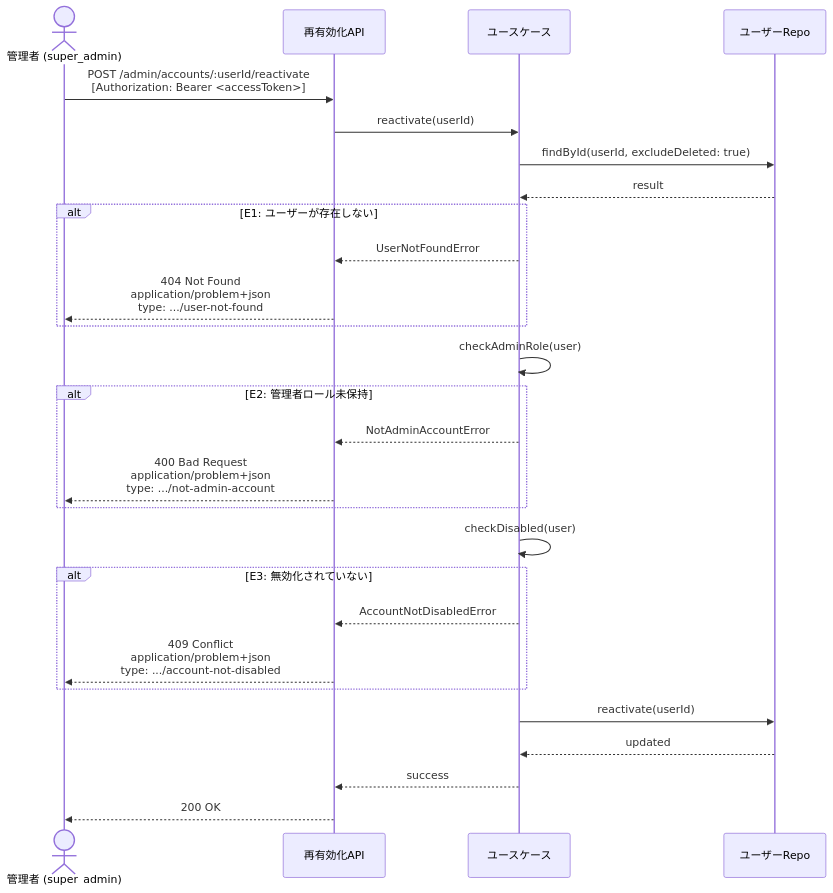
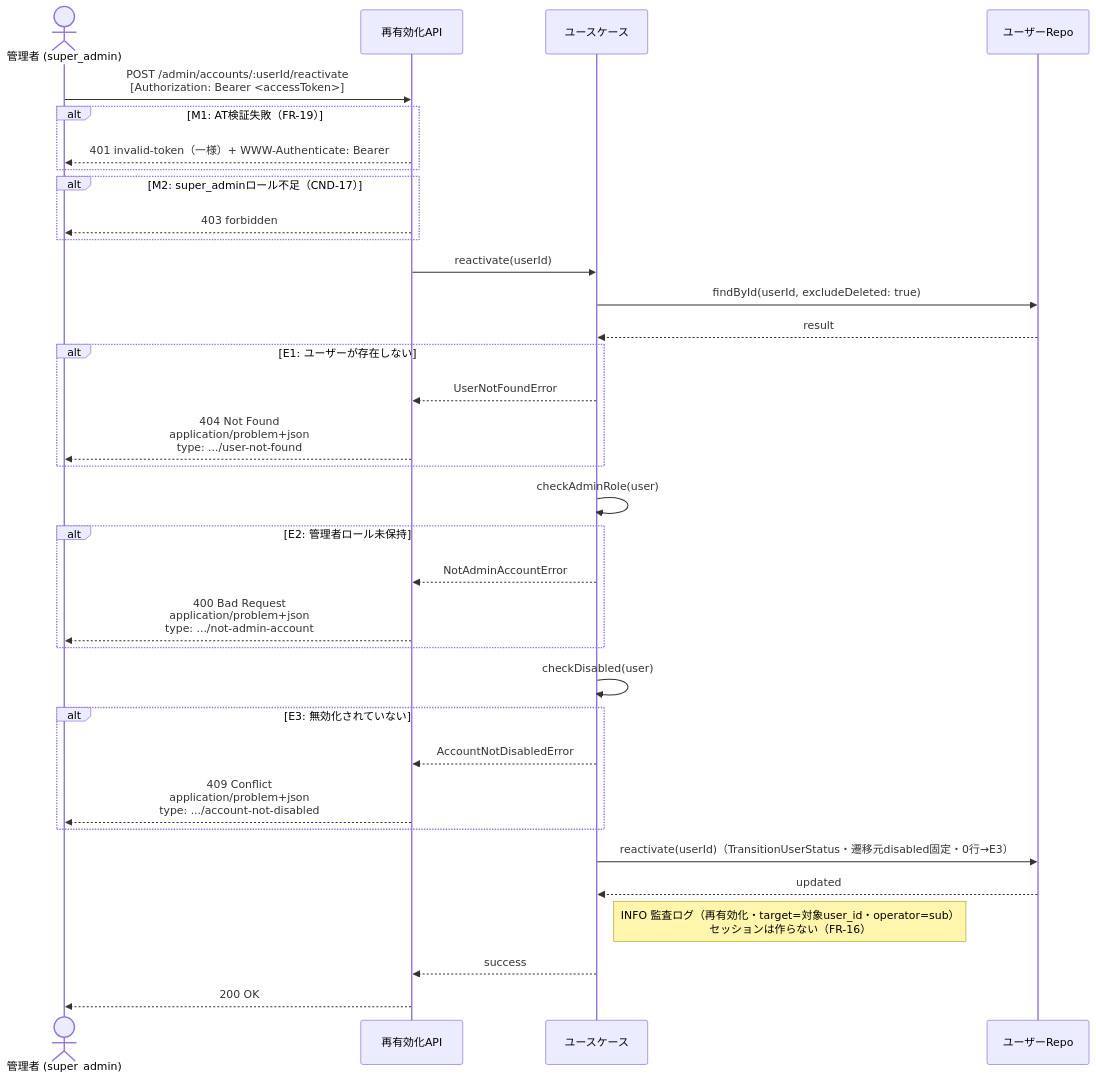
One commit to suunet/POC_HYDRA_AUTH changed the second of 2 diagrams in .docs/design/buc/BUC-A05.md. Above: the diagram before and after it, drawn with Mermaid. The commit also changed other lines of this file and 4 other files, not shown here.

Commit message:
docs(T-020): cycle 1 - BUC-A04/A05是正(M1/M2認可・E1形式不正注記・CND-14稼働中super_admin述語・遷移元ガード・TOCTOU単一Tx・図追従)とUC-014/UC-015仕様起草

````diff
--- a/.docs/design/buc/BUC-A05.md
+++ b/.docs/design/buc/BUC-A05.md
@@ -95,29 +108,36 @@
 ```mermaid
 sequenceDiagram
   actor Admin as 管理者 (super_admin)
   participant ReactivateAPI as 再有効化API
   participant UseCase as ユースケース
   participant UserRepo as ユーザーRepo
   Admin->>ReactivateAPI: POST /admin/accounts/:userId/reactivate<br/>[Authorization: Bearer <accessToken>]
+  alt M1: AT検証失敗（FR-19）
+  ReactivateAPI-->>Admin: 401 invalid-token（一様）+ WWW-Authenticate: Bearer
+  end
+  alt M2: super_adminロール不足（CND-17）
+  ReactivateAPI-->>Admin: 403 forbidden
+  end
   ReactivateAPI->>UseCase: reactivate(userId)
   UseCase->>UserRepo: findById(userId, excludeDeleted: true)
   UserRepo-->>UseCase: result
   alt E1: ユーザーが存在しない
   UseCase-->>ReactivateAPI: UserNotFoundError
   ReactivateAPI-->>Admin: 404 Not Found<br/>application/problem+json<br/>type: .../user-not-found
   end
   UseCase->>UseCase: checkAdminRole(user)
   alt E2: 管理者ロール未保持
   UseCase-->>ReactivateAPI: NotAdminAccountError
   ReactivateAPI-->>Admin: 400 Bad Request<br/>application/problem+json<br/>type: .../not-admin-account
   end
   UseCase->>UseCase: checkDisabled(user)
   alt E3: 無効化されていない
   UseCase-->>ReactivateAPI: AccountNotDisabledError
   ReactivateAPI-->>Admin: 409 Conflict<br/>application/problem+json<br/>type: .../account-not-disabled
   end
-  UseCase->>UserRepo: reactivate(userId)
+  UseCase->>UserRepo: reactivate(userId)（TransitionUserStatus・遷移元disabled固定・0行→E3）
   UserRepo-->>UseCase: updated
+  Note right of UseCase: INFO 監査ログ（再有効化・target=対象user_id・operator=sub）<br/>セッションは作らない（FR-16）
   UseCase-->>ReactivateAPI: success
   ReactivateAPI-->>Admin: 200 OK
 ```
````
